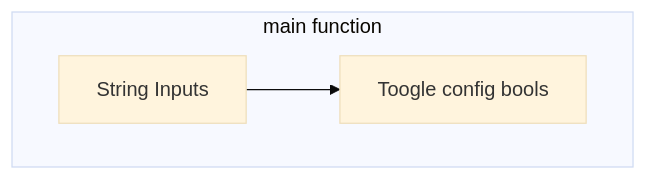
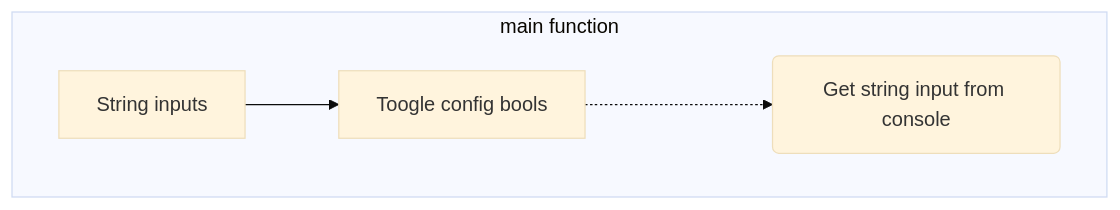
Before and after one commit to Jzhyang1/Monomer: the sixth of 6 diagrams in Implementation.md, drawn with Mermaid (base theme). The commit also changed other lines of this file, not shown here.

Commit message:
Implementation.md updated from https://stackedit.io/

````diff
--- a/Implementation.md
+++ b/Implementation.md
@@ -229,6 +229,7 @@
 ```mermaid
 graph TD
 subgraph sg1["main function"]
-	A[String Inputs] --> B[Toogle config bools]
+	A[String inputs] --> B[Toogle config bools]
+	B ..-> C(Get string input from console)
 end
 ```
````
